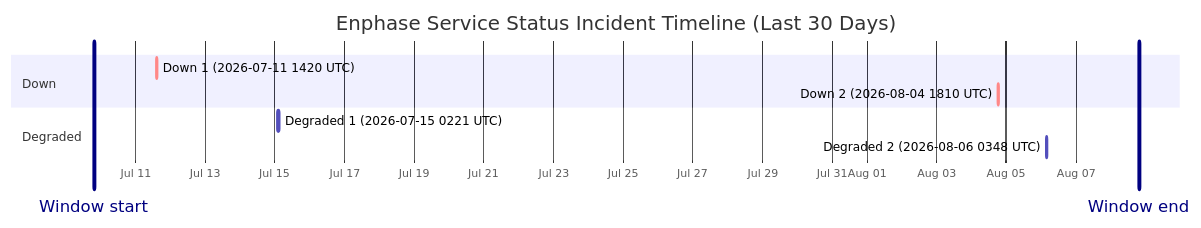
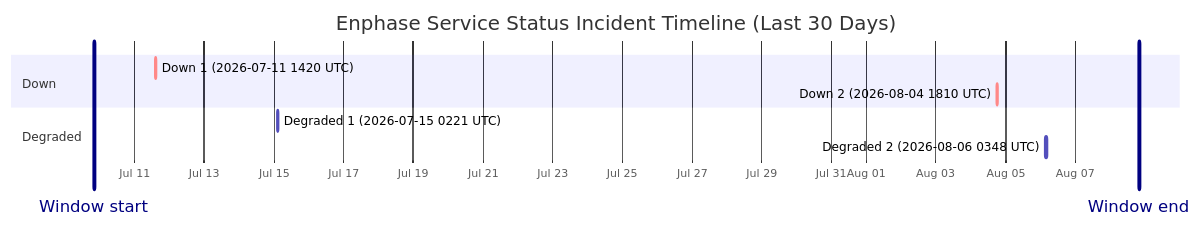
Before and after one commit to barneyonline/ha-enphase-energy: the diagram in wiki/Service-Status-History.md, drawn with Mermaid. The commit also changed other lines of this file and 3 other files, not shown here.

````diff
--- a/wiki/Service-Status-History.md
+++ b/wiki/Service-Status-History.md
@@ -14,14 +14,14 @@
 ```mermaid
 gantt
     title Enphase Service Status Incident Timeline (Last 30 Days)
     dateFormat  YYYY-MM-DDTHH:mm:ss
     axisFormat  %b %d
-    Window start :vert, window-start, 2026-07-09T19:27:59, 0ms
-    Window end :vert, window-end, 2026-08-08T19:27:59, 0ms
+    Window start :vert, window-start, 2026-07-09T19:55:37, 0ms
+    Window end :vert, window-end, 2026-08-08T19:55:37, 0ms
     section Down
     Down 1 (2026-07-11 1420 UTC) :crit, down-1, 2026-07-11T14:20:54, 69m
     Down 2 (2026-08-04 1810 UTC) :crit, down-2, 2026-08-04T18:10:46, 60m
     section Degraded
     Degraded 1 (2026-07-15 0221 UTC) :active, degraded-1, 2026-07-15T02:21:35, 60m
     Degraded 2 (2026-08-06 0348 UTC) :active, degraded-2, 2026-08-06T03:48:14, 60m
 ```
````
